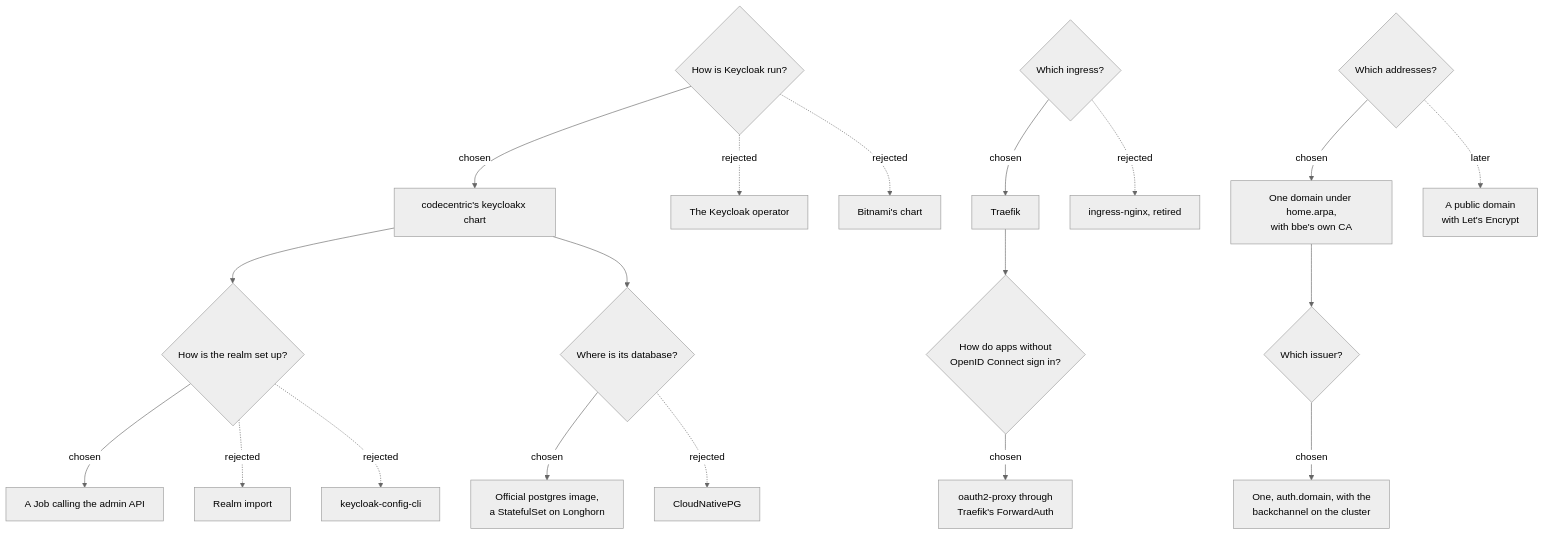
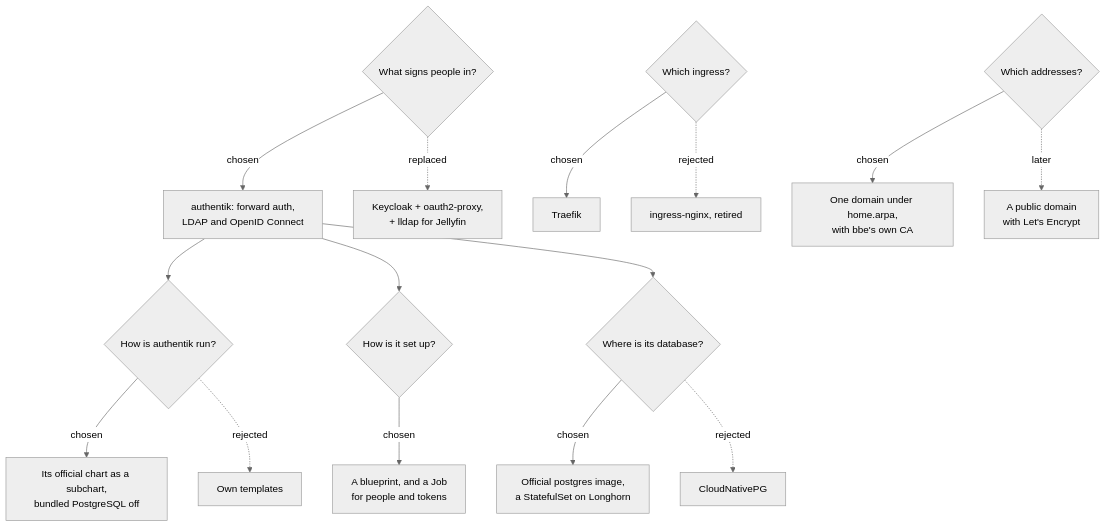
The diagram in docs/decisions/0002-single-sign-on.md (Brains-Beyond-Expectations/bbe-charts), drawn with Mermaid (neutral theme) before and after one commit. The commit also changed other lines of this file and 41 other files, not shown here.

First line of the commit message:
feat(bbe-auth): sign people in with authentik, and Jellyfin's users through its LDAP

````diff
--- a/docs/decisions/0002-single-sign-on.md
+++ b/docs/decisions/0002-single-sign-on.md
@@ -19,27 +22,23 @@
 ```mermaid
 flowchart TD
-    Q1{How is Keycloak run?}
-    Q1 -->|chosen| A1[codecentric's keycloakx chart]
-    Q1 -.->|rejected| B1[The Keycloak operator]
-    Q1 -.->|rejected| C1[Bitnami's chart]
+    Q1{What signs people in?}
+    Q1 -->|chosen| A1[authentik: forward auth,<br/>LDAP and OpenID Connect]
+    Q1 -.->|replaced| B1[Keycloak + oauth2-proxy,<br/>+ lldap for Jellyfin]
 
-    A1 --> Q2{How is the realm set up?}
-    Q2 -->|chosen| A2[A Job calling the admin API]
-    Q2 -.->|rejected| B2[Realm import]
-    Q2 -.->|rejected| C2[keycloak-config-cli]
+    A1 --> Q2{How is authentik run?}
+    Q2 -->|chosen| A2[Its official chart as a subchart,<br/>bundled PostgreSQL off]
+    Q2 -.->|rejected| B2[Own templates]
 
-    A1 --> Q3{Where is its database?}
-    Q3 -->|chosen| A3[Official postgres image,<br/>a StatefulSet on Longhorn]
-    Q3 -.->|rejected| B3[CloudNativePG]
+    A1 --> Q3{How is it set up?}
+    Q3 -->|chosen| A3[A blueprint, and a Job<br/>for people and tokens]
 
-    Q4{Which ingress?} -->|chosen| A4[Traefik]
-    Q4 -.->|rejected| B4[ingress-nginx, retired]
+    A1 --> Q4{Where is its database?}
+    Q4 -->|chosen| A4[Official postgres image,<br/>a StatefulSet on Longhorn]
+    Q4 -.->|rejected| B4[CloudNativePG]
 
-    A4 --> Q5{How do apps without<br/>OpenID Connect sign in?}
-    Q5 -->|chosen| A5[oauth2-proxy through<br/>Traefik's ForwardAuth]
+    Q5{Which ingress?} -->|chosen| A5[Traefik]
+    Q5 -.->|rejected| B5[ingress-nginx, retired]
 
     Q6{Which addresses?} -->|chosen| A6[One domain under home.arpa,<br/>with bbe's own CA]
     Q6 -.->|later| B6[A public domain<br/>with Let's Encrypt]
-    A6 --> Q7{Which issuer?}
-    Q7 -->|chosen| A7[One, auth.domain, with the<br/>backchannel on the cluster]
 ```
````
